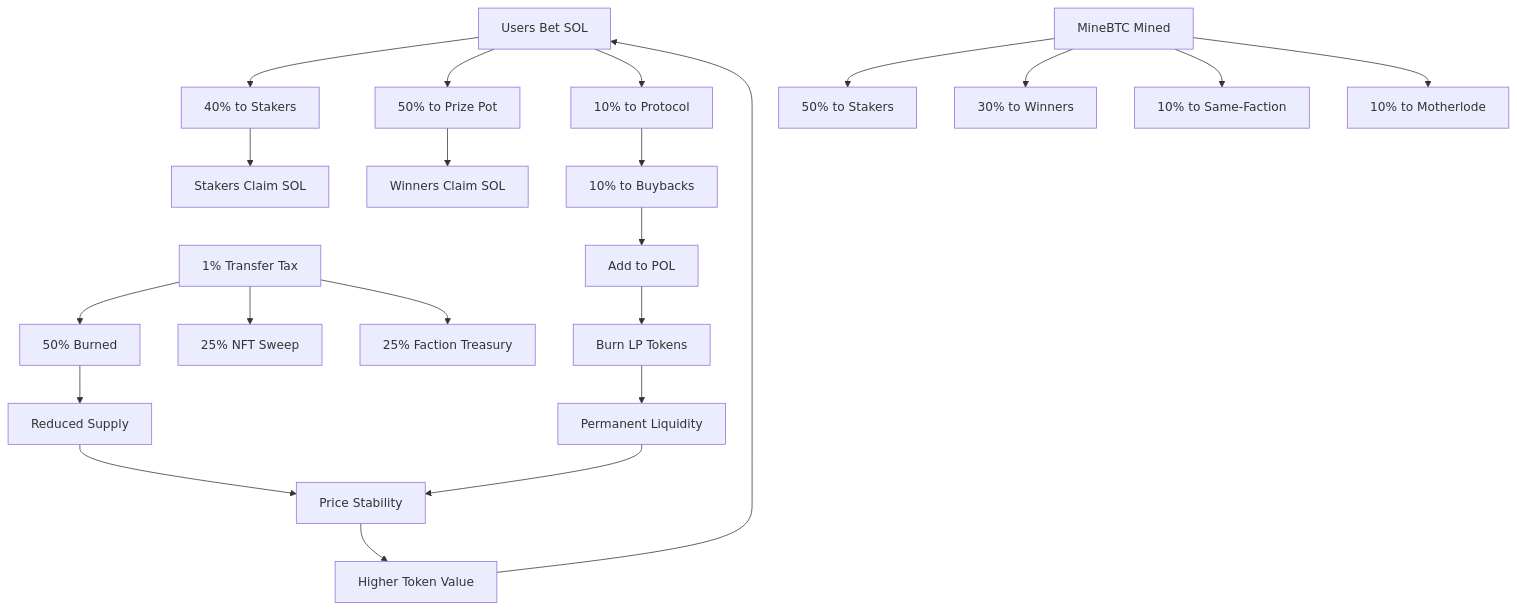
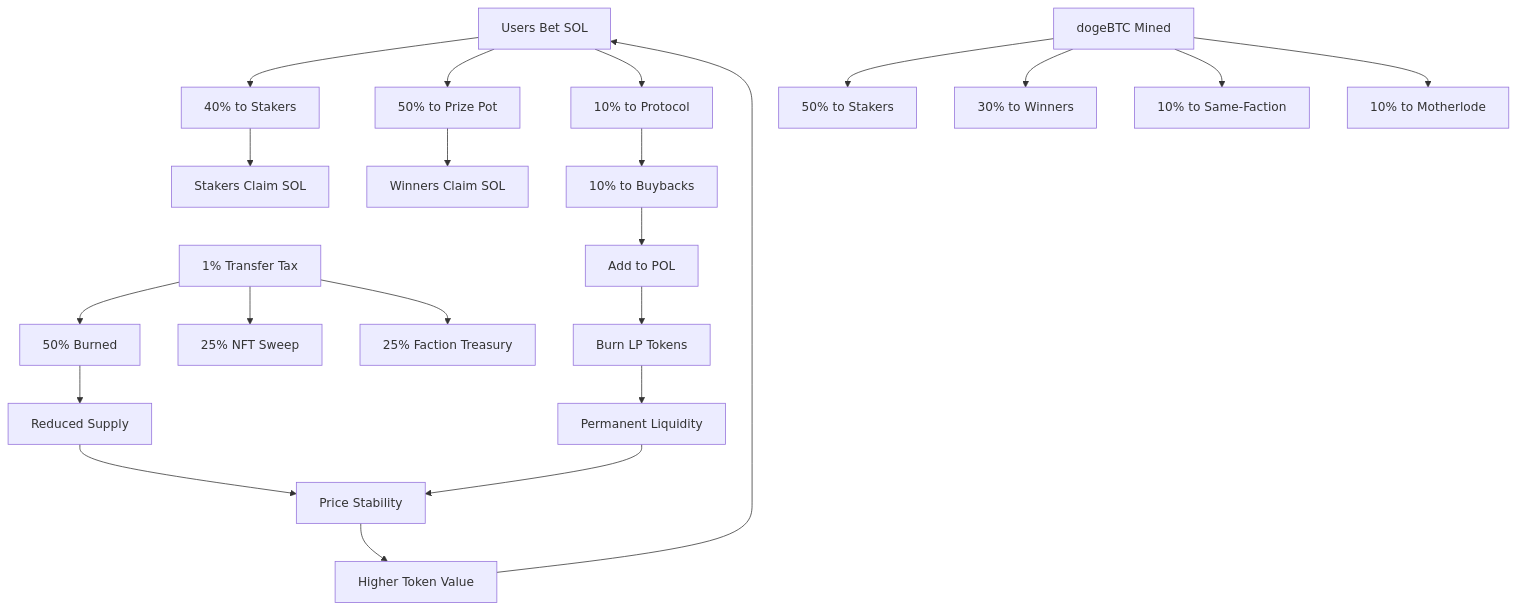
The diagram in Readme.md (LifeOrDream/MineBtc-fi), drawn with Mermaid before and after one commit. The commit also changed other lines of this file and 20 other files, not shown here.

````diff
--- a/Readme.md
+++ b/Readme.md
@@ -410,30 +133,30 @@
 ```mermaid
 graph TD
     A[Users Bet SOL] --> B[40% to Stakers]
     A --> C[50% to Prize Pot]
     A --> D[10% to Protocol]
 
     C --> E[Winners Claim SOL]
     B --> F[Stakers Claim SOL]
 
-    G[MineBTC Mined] --> H[50% to Stakers]
+    G[dogeBTC Mined] --> H[50% to Stakers]
     G --> I[30% to Winners]
     G --> J[10% to Same-Faction]
     G --> K[10% to Motherlode]
 
     L[1% Transfer Tax] --> M[50% Burned]
     L --> N[25% NFT Sweep]
     L --> O[25% Faction Treasury]
 
     D --> P[10% to Buybacks]
     P --> Q[Add to POL]
     Q --> R[Burn LP Tokens]
 
     R --> S[Permanent Liquidity]
     M --> T[Reduced Supply]
 
     S --> U[Price Stability]
     T --> U
     U --> V[Higher Token Value]
     V --> A
 ```
````
